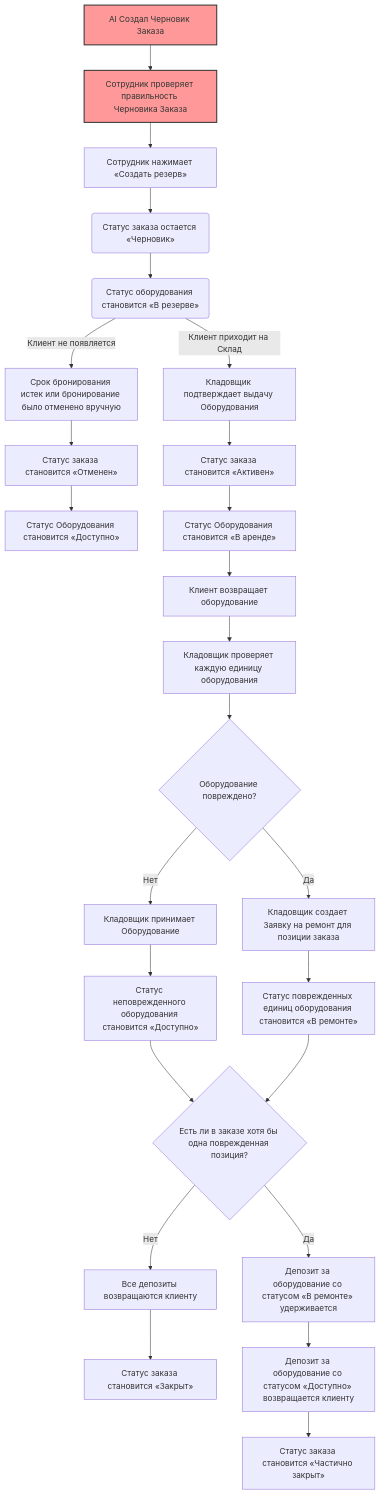
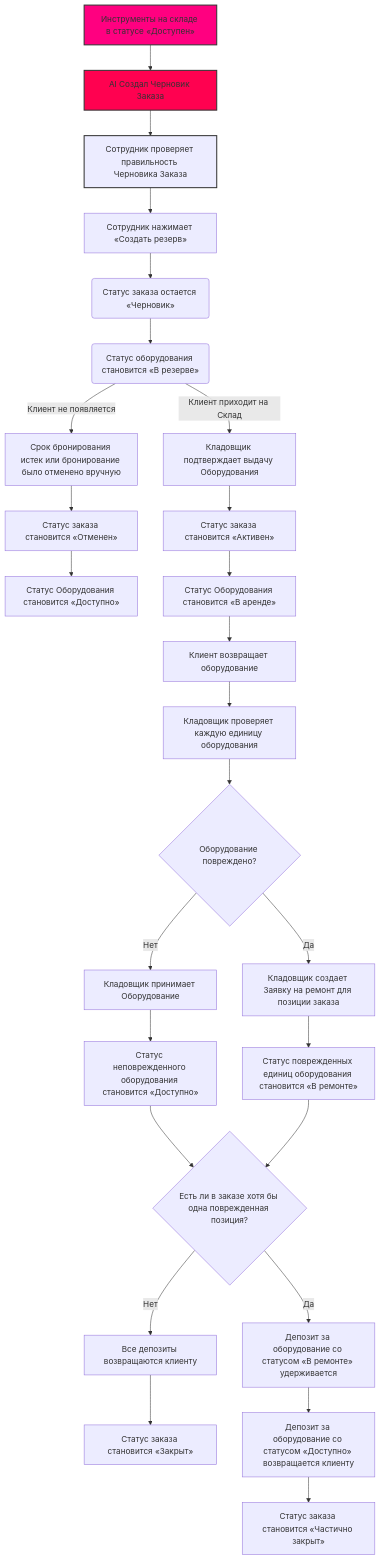
The diagram in flowchart4.md (Diamko94/rentals1), drawn with Mermaid before and after one commit.

````diff
--- a/flowchart4.md
+++ b/flowchart4.md
@@ -1,45 +1,48 @@
 ```mermaid
 flowchart TD
 
  %% Выделение цветом
-    style D0 fill:#ff9999,stroke:#333,stroke-width:2px
-    style D00 fill:#ff9999,stroke:#333,stroke-width:2px
+    style D0 fill:#ff0080,stroke:#333,stroke-width:2px
+    style D00 fill:#ff0150,stroke:#333,stroke-width:2px
+    style D000 fill:#f9750,stroke:#333,stroke-width:2px
+
 
   
 
     %% Подтверждение
-    D0[AI Создал Черновик Заказа]
-    D0 --> D00[Сотрудник проверяет правильность Черновика Заказа]
+    D0[Инструменты на складе в статусе «Доступен»]
+    D0 --> D00[AI Создал Черновик Заказа]
+    D00 --> D000[Сотрудник проверяет правильность Черновика Заказа]
 
-    D00 --> D1[Сотрудник нажимает «Создать резерв»]
+    D000 --> D1[Сотрудник нажимает «Создать резерв»]
     D1 --> B(Статус заказа остается «Черновик»)
     B --> B1(Статус оборудования становится «В резерве»)
 
 
     %% Выдача
     B1 --> |Клиент приходит на Склад| I[Кладовщик подтверждает выдачу Оборудования]
     B1 --> |Клиент не появляется| E[Срок бронирования истек или бронирование было отменено вручную]
     E --> F[Статус заказа становится «Отменен»]
     I --> J[Статус заказа становится «Активен»]
     F --> C[Статус Оборудования становится «Доступно»]
     J --> X[Статус Оборудования становится «В аренде»]
 
     %% Возврат
     X --> K[Клиент возвращает оборудование]
     K --> L[Кладовщик проверяет каждую единицу оборудования]
     L --> M{Оборудование повреждено?}
     
     M --> |Да| P[Кладовщик создает Заявку на ремонт для позиции заказа]
     P --> R[Статус поврежденных единиц оборудования становится «В ремонте»]
     M --> |Нет| P1[Кладовщик принимает Оборудование]
     P1 --> T[Статус неповрежденного оборудования становится «Доступно»]
 
     %% Расчет
     T --> N{Есть ли в заказе хотя бы одна поврежденная позиция?}
     R --> N
     N --> |Нет| Q[Все депозиты возвращаются клиенту]
     Q --> V[Статус заказа становится «Закрыт»]
     N --> |Да| S[Депозит за оборудование со статусом «В ремонте» удерживается]
     S --> U[Депозит за оборудование со статусом «Доступно» возвращается клиенту]
     U --> W[Статус заказа становится «Частично закрыт»]
 ```
````
